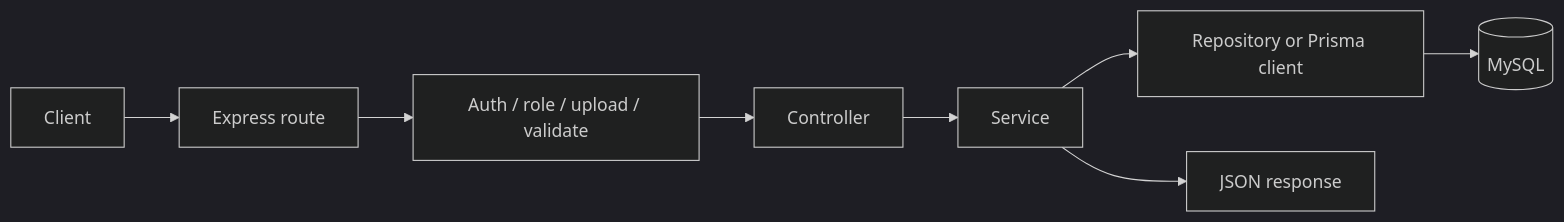
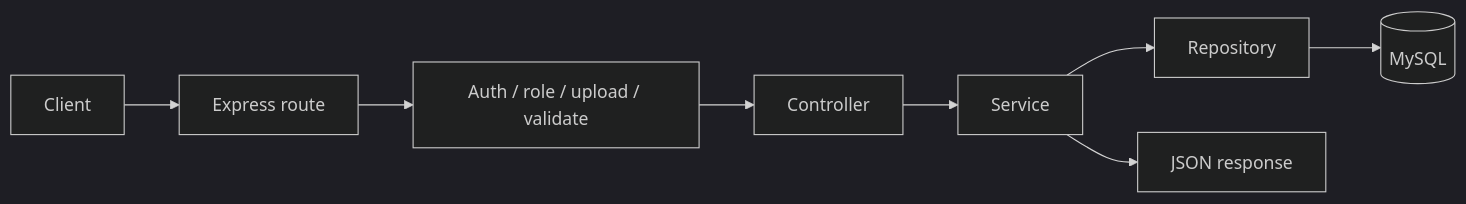
The diagram in docs/api-overview.md (jack1e2401/fessior), drawn with Mermaid (dark theme) before and after one commit. The commit also changed other lines of this file and 55 other files, not shown here.

````diff
--- a/docs/api-overview.md
+++ b/docs/api-overview.md
@@ -29,10 +30,10 @@
 ```mermaid
 flowchart LR
   Client[Client] --> Route[Express route]
   Route --> Middleware[Auth / role / upload / validate]
   Middleware --> Controller[Controller]
   Controller --> Service[Service]
-  Service --> Repository[Repository or Prisma client]
+  Service --> Repository[Repository]
   Repository --> DB[(MySQL)]
   Service --> Response[JSON response]
 ```
````
